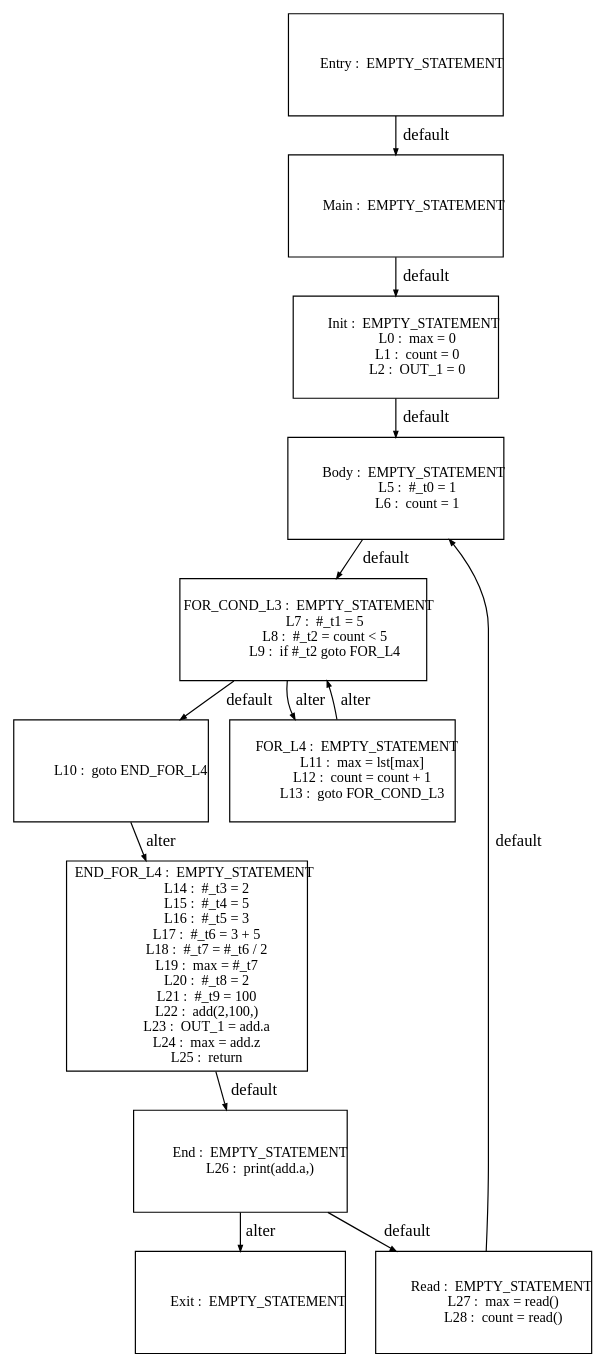
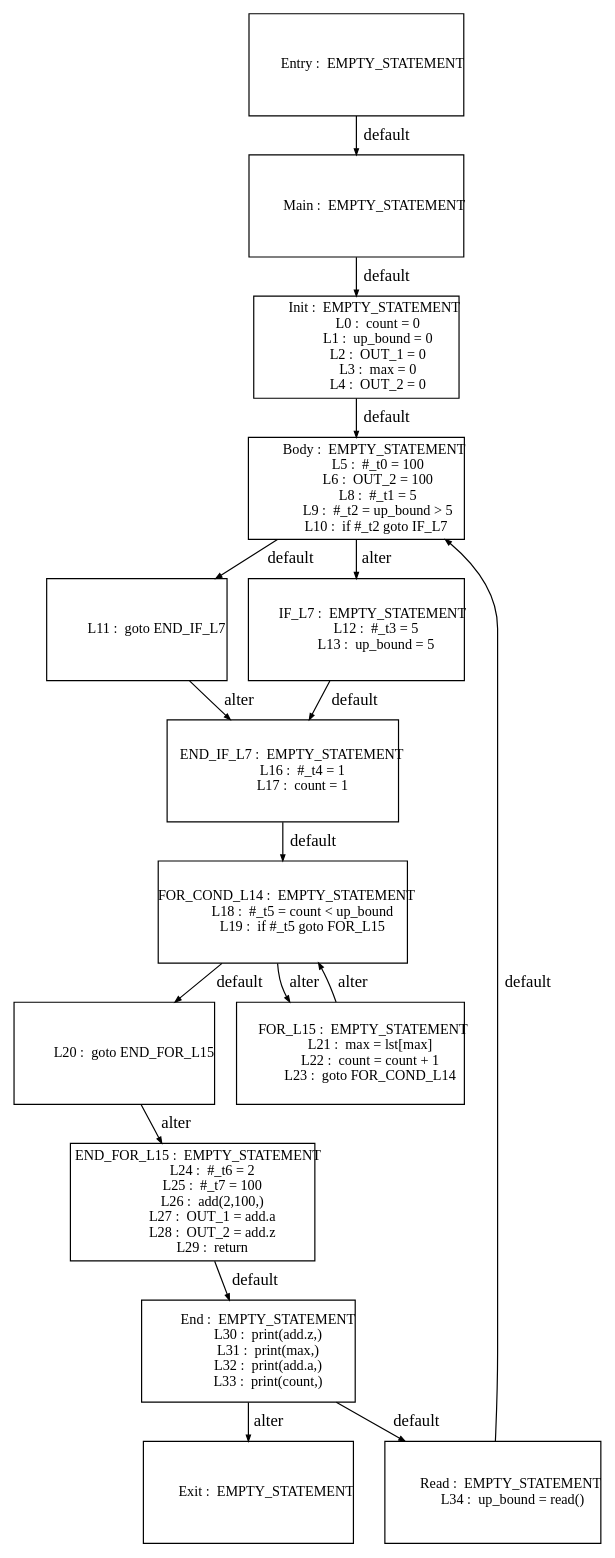
Before and after one commit to Geoffrey1014/ST_DSE: the diagram in tests_programs/dataflow/03_test_output/Graph_CP_0.dot, drawn with Graphviz. The commit also changed 213 other files, not shown here.

```diff
--- a/tests_programs/dataflow/03_test_output/Graph_CP_0.dot
+++ b/tests_programs/dataflow/03_test_output/Graph_CP_0.dot
@@ -1,141 +1,179 @@
 digraph G {
   ranksep=.25;
   edge [arrowsize=.5]
   node [shape=rectangle, fontname="ArialNarrow",
         fontsize=12,  height=1.2];
   "           Main :  EMPTY_STATEMENT
 "; "           Init :  EMPTY_STATEMENT
-             L0 :  max = 0
-             L1 :  count = 0
+             L0 :  count = 0
+             L1 :  up_bound = 0
              L2 :  OUT_1 = 0
+             L3 :  max = 0
+             L4 :  OUT_2 = 0
 "; "           Body :  EMPTY_STATEMENT
-             L5 :  #_t0 = 1
-             L6 :  count = 1
-"; "    FOR_COND_L3 :  EMPTY_STATEMENT
-             L7 :  #_t1 = 5
-             L8 :  #_t2 = count < 5
-             L9 :  if #_t2 goto FOR_L4
-"; "            L10 :  goto END_FOR_L4
-"; "         FOR_L4 :  EMPTY_STATEMENT
-            L11 :  max = lst[max] 
-            L12 :  count = count + 1
-            L13 :  goto FOR_COND_L3
-"; "     END_FOR_L4 :  EMPTY_STATEMENT
-            L14 :  #_t3 = 2
-            L15 :  #_t4 = 5
-            L16 :  #_t5 = 3
-            L17 :  #_t6 = 3 + 5
-            L18 :  #_t7 = #_t6 / 2
-            L19 :  max = #_t7
-            L20 :  #_t8 = 2
-            L21 :  #_t9 = 100
-            L22 :  add(2,100,)
-            L23 :  OUT_1 = add.a
-            L24 :  max = add.z
-            L25 :  return 
+             L5 :  #_t0 = 100
+             L6 :  OUT_2 = 100
+             L8 :  #_t1 = 5
+             L9 :  #_t2 = up_bound > 5
+            L10 :  if #_t2 goto IF_L7
+"; "            L11 :  goto END_IF_L7
+"; "          IF_L7 :  EMPTY_STATEMENT
+            L12 :  #_t3 = 5
+            L13 :  up_bound = 5
+"; "      END_IF_L7 :  EMPTY_STATEMENT
+            L16 :  #_t4 = 1
+            L17 :  count = 1
+"; "   FOR_COND_L14 :  EMPTY_STATEMENT
+            L18 :  #_t5 = count < up_bound
+            L19 :  if #_t5 goto FOR_L15
+"; "            L20 :  goto END_FOR_L15
+"; "        FOR_L15 :  EMPTY_STATEMENT
+            L21 :  max = lst[max] 
+            L22 :  count = count + 1
+            L23 :  goto FOR_COND_L14
+"; "    END_FOR_L15 :  EMPTY_STATEMENT
+            L24 :  #_t6 = 2
+            L25 :  #_t7 = 100
+            L26 :  add(2,100,)
+            L27 :  OUT_1 = add.a
+            L28 :  OUT_2 = add.z
+            L29 :  return 
 "; "          Entry :  EMPTY_STATEMENT
 "; "            End :  EMPTY_STATEMENT
-            L26 :  print(add.a,)
+            L30 :  print(add.z,)
+            L31 :  print(max,)
+            L32 :  print(add.a,)
+            L33 :  print(count,)
 "; "           Exit :  EMPTY_STATEMENT
 "; "           Read :  EMPTY_STATEMENT
-            L27 :  max = read()
-            L28 :  count = read()
+            L34 :  up_bound = read()
 "; 
   "           Main :  EMPTY_STATEMENT
 " -> "           Init :  EMPTY_STATEMENT
-             L0 :  max = 0
-             L1 :  count = 0
+             L0 :  count = 0
+             L1 :  up_bound = 0
              L2 :  OUT_1 = 0
+             L3 :  max = 0
+             L4 :  OUT_2 = 0
 "  [label="default"];
   "           Init :  EMPTY_STATEMENT
-             L0 :  max = 0
-             L1 :  count = 0
+             L0 :  count = 0
+             L1 :  up_bound = 0
              L2 :  OUT_1 = 0
+             L3 :  max = 0
+             L4 :  OUT_2 = 0
 " -> "           Body :  EMPTY_STATEMENT
-             L5 :  #_t0 = 1
-             L6 :  count = 1
+             L5 :  #_t0 = 100
+             L6 :  OUT_2 = 100
+             L8 :  #_t1 = 5
+             L9 :  #_t2 = up_bound > 5
+            L10 :  if #_t2 goto IF_L7
 "  [label="default"];
   "           Body :  EMPTY_STATEMENT
-             L5 :  #_t0 = 1
-             L6 :  count = 1
-" -> "    FOR_COND_L3 :  EMPTY_STATEMENT
-             L7 :  #_t1 = 5
-             L8 :  #_t2 = count < 5
-             L9 :  if #_t2 goto FOR_L4
+             L5 :  #_t0 = 100
+             L6 :  OUT_2 = 100
+             L8 :  #_t1 = 5
+             L9 :  #_t2 = up_bound > 5
+            L10 :  if #_t2 goto IF_L7
+" -> "            L11 :  goto END_IF_L7
 "  [label="default"];
-  "    FOR_COND_L3 :  EMPTY_STATEMENT
-             L7 :  #_t1 = 5
-             L8 :  #_t2 = count < 5
-             L9 :  if #_t2 goto FOR_L4
-" -> "            L10 :  goto END_FOR_L4
+  "           Body :  EMPTY_STATEMENT
+             L5 :  #_t0 = 100
+             L6 :  OUT_2 = 100
+             L8 :  #_t1 = 5
+             L9 :  #_t2 = up_bound > 5
+            L10 :  if #_t2 goto IF_L7
+" -> "          IF_L7 :  EMPTY_STATEMENT
+            L12 :  #_t3 = 5
+            L13 :  up_bound = 5
+"  [label="alter"];
+  "            L11 :  goto END_IF_L7
+" -> "      END_IF_L7 :  EMPTY_STATEMENT
+            L16 :  #_t4 = 1
+            L17 :  count = 1
+"  [label="alter"];
+  "          IF_L7 :  EMPTY_STATEMENT
+            L12 :  #_t3 = 5
+            L13 :  up_bound = 5
+" -> "      END_IF_L7 :  EMPTY_STATEMENT
+            L16 :  #_t4 = 1
+            L17 :  count = 1
 "  [label="default"];
-  "    FOR_COND_L3 :  EMPTY_STATEMENT
-             L7 :  #_t1 = 5
-             L8 :  #_t2 = count < 5
-             L9 :  if #_t2 goto FOR_L4
-" -> "         FOR_L4 :  EMPTY_STATEMENT
-            L11 :  max = lst[max] 
-            L12 :  count = count + 1
-            L13 :  goto FOR_COND_L3
+  "      END_IF_L7 :  EMPTY_STATEMENT
+            L16 :  #_t4 = 1
+            L17 :  count = 1
+" -> "   FOR_COND_L14 :  EMPTY_STATEMENT
+            L18 :  #_t5 = count < up_bound
+            L19 :  if #_t5 goto FOR_L15
+"  [label="default"];
+  "   FOR_COND_L14 :  EMPTY_STATEMENT
+            L18 :  #_t5 = count < up_bound
+            L19 :  if #_t5 goto FOR_L15
+" -> "            L20 :  goto END_FOR_L15
+"  [label="default"];
+  "   FOR_COND_L14 :  EMPTY_STATEMENT
+            L18 :  #_t5 = count < up_bound
+            L19 :  if #_t5 goto FOR_L15
+" -> "        FOR_L15 :  EMPTY_STATEMENT
+            L21 :  max = lst[max] 
+            L22 :  count = count + 1
+            L23 :  goto FOR_COND_L14
 "  [label="alter"];
-  "            L10 :  goto END_FOR_L4
-" -> "     END_FOR_L4 :  EMPTY_STATEMENT
-            L14 :  #_t3 = 2
-            L15 :  #_t4 = 5
-            L16 :  #_t5 = 3
-            L17 :  #_t6 = 3 + 5
-            L18 :  #_t7 = #_t6 / 2
-            L19 :  max = #_t7
-            L20 :  #_t8 = 2
-            L21 :  #_t9 = 100
-            L22 :  add(2,100,)
-            L23 :  OUT_1 = add.a
-            L24 :  max = add.z
-            L25 :  return 
+  "            L20 :  goto END_FOR_L15
+" -> "    END_FOR_L15 :  EMPTY_STATEMENT
+            L24 :  #_t6 = 2
+            L25 :  #_t7 = 100
+            L26 :  add(2,100,)
+            L27 :  OUT_1 = add.a
+            L28 :  OUT_2 = add.z
+            L29 :  return 
 "  [label="alter"];
-  "         FOR_L4 :  EMPTY_STATEMENT
-            L11 :  max = lst[max] 
-            L12 :  count = count + 1
-            L13 :  goto FOR_COND_L3
-" -> "    FOR_COND_L3 :  EMPTY_STATEMENT
-             L7 :  #_t1 = 5
-             L8 :  #_t2 = count < 5
-             L9 :  if #_t2 goto FOR_L4
+  "        FOR_L15 :  EMPTY_STATEMENT
+            L21 :  max = lst[max] 
+            L22 :  count = count + 1
+            L23 :  goto FOR_COND_L14
+" -> "   FOR_COND_L14 :  EMPTY_STATEMENT
+            L18 :  #_t5 = count < up_bound
+            L19 :  if #_t5 goto FOR_L15
 "  [label="alter"];
-  "     END_FOR_L4 :  EMPTY_STATEMENT
-            L14 :  #_t3 = 2
-            L15 :  #_t4 = 5
-            L16 :  #_t5 = 3
-            L17 :  #_t6 = 3 + 5
-            L18 :  #_t7 = #_t6 / 2
-            L19 :  max = #_t7
-            L20 :  #_t8 = 2
-            L21 :  #_t9 = 100
-            L22 :  add(2,100,)
-            L23 :  OUT_1 = add.a
-            L24 :  max = add.z
-            L25 :  return 
+  "    END_FOR_L15 :  EMPTY_STATEMENT
+            L24 :  #_t6 = 2
+            L25 :  #_t7 = 100
+            L26 :  add(2,100,)
+            L27 :  OUT_1 = add.a
+            L28 :  OUT_2 = add.z
+            L29 :  return 
 " -> "            End :  EMPTY_STATEMENT
-            L26 :  print(add.a,)
+            L30 :  print(add.z,)
+            L31 :  print(max,)
+            L32 :  print(add.a,)
+            L33 :  print(count,)
 "  [label="default"];
   "          Entry :  EMPTY_STATEMENT
 " -> "           Main :  EMPTY_STATEMENT
 "  [label="default"];
   "            End :  EMPTY_STATEMENT
-            L26 :  print(add.a,)
+            L30 :  print(add.z,)
+            L31 :  print(max,)
+            L32 :  print(add.a,)
+            L33 :  print(count,)
 " -> "           Read :  EMPTY_STATEMENT
-            L27 :  max = read()
-            L28 :  count = read()
+            L34 :  up_bound = read()
 "  [label="default"];
   "            End :  EMPTY_STATEMENT
-            L26 :  print(add.a,)
+            L30 :  print(add.z,)
+            L31 :  print(max,)
+            L32 :  print(add.a,)
+            L33 :  print(count,)
 " -> "           Exit :  EMPTY_STATEMENT
 "  [label="alter"];
   "           Read :  EMPTY_STATEMENT
-            L27 :  max = read()
-            L28 :  count = read()
+            L34 :  up_bound = read()
 " -> "           Body :  EMPTY_STATEMENT
-             L5 :  #_t0 = 1
-             L6 :  count = 1
+             L5 :  #_t0 = 100
+             L6 :  OUT_2 = 100
+             L8 :  #_t1 = 5
+             L9 :  #_t2 = up_bound > 5
+            L10 :  if #_t2 goto IF_L7
 "  [label="default"];
 }
```
